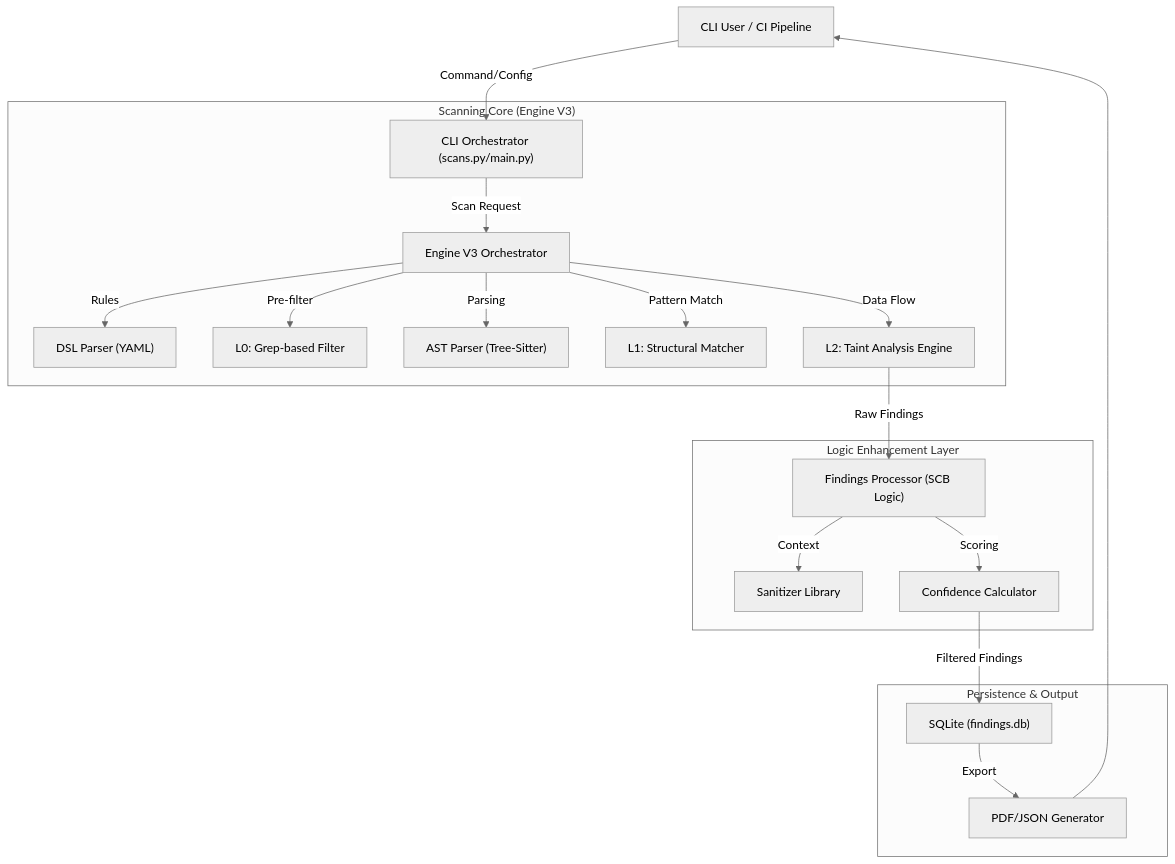
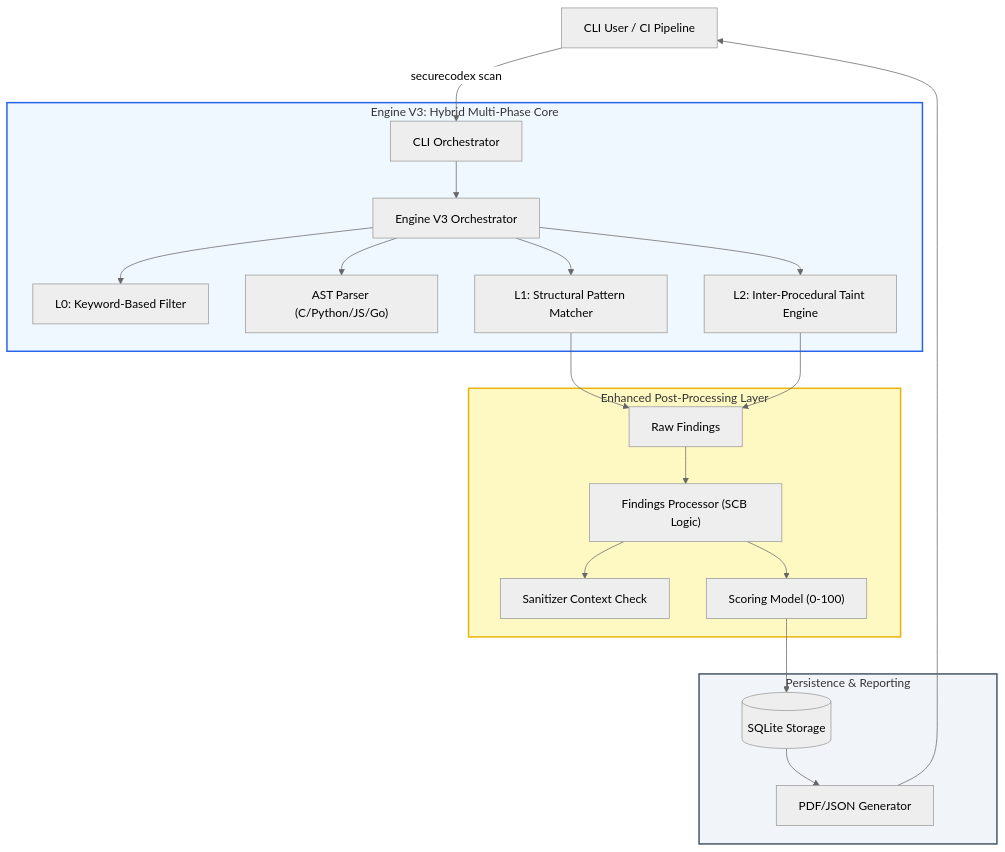
One commit to nishanthan008/SecureCodeX changed the first of 3 diagrams in docs/WORKFLOW.md. Above: the diagram before and after it, drawn with Mermaid (neutral theme). The commit also changed other lines of this file, not shown here.

Commit message:
docs: use proper architecture diagram with accurate labels and refined Mermaid charts

````diff
--- a/docs/WORKFLOW.md
+++ b/docs/WORKFLOW.md
@@ -11,26 +11,30 @@
 ```mermaid
 graph TD
-    User["CLI User / CI Pipeline"] -- "Command/Config" --> CLI["CLI Orchestrator (scans.py/main.py)"]
+    User["CLI User / CI Pipeline"] -- "securecodex scan" --> CLI["CLI Orchestrator"]
     
-    subgraph Core ["Scanning Core (Engine V3)"]
-        CLI -- "Scan Request" --> Orchestrator["Engine V3 Orchestrator"]
-        Orchestrator -- "Rules" --> DSL["DSL Parser (YAML)"]
-        Orchestrator -- "Pre-filter" --> L0["L0: Grep-based Filter"]
-        Orchestrator -- "Parsing" --> AST["AST Parser (Tree-Sitter)"]
-        Orchestrator -- "Pattern Match" --> L1["L1: Structural Matcher"]
-        Orchestrator -- "Data Flow" --> L2["L2: Taint Analysis Engine"]
+    subgraph Core ["Engine V3: Hybrid Multi-Phase Core"]
+        CLI --> Orchestrator["Engine V3 Orchestrator"]
+        Orchestrator --> L0["L0: Keyword-Based Filter"]
+        Orchestrator --> AST["AST Parser (C/Python/JS/Go)"]
+        Orchestrator --> L1["L1: Structural Pattern Matcher"]
+        Orchestrator --> L2["L2: Inter-Procedural Taint Engine"]
     end
     
-    subgraph Enhancement ["Logic Enhancement Layer"]
-        L2 -- "Raw Findings" --> Processor["Findings Processor (SCB Logic)"]
-        Processor -- "Context" --> Sanitizer["Sanitizer Library"]
-        Processor -- "Scoring" --> Confidence["Confidence Calculator"]
+    subgraph PostProcessing ["Enhanced Post-Processing Layer"]
+        L1 & L2 --> Findings["Raw Findings"]
+        Findings --> Processor["Findings Processor (SCB Logic)"]
+        Processor --> Sanitizer["Sanitizer Context Check"]
+        Processor --> Confidence["Scoring Model (0-100)"]
     end
     
-    subgraph Data ["Persistence & Output"]
-        Confidence -- "Filtered Findings" --> DB["SQLite (findings.db)"]
-        DB -- "Export" --> Report["PDF/JSON Generator"]
+    subgraph Storage ["Persistence & Reporting"]
+        Confidence --> DB[("SQLite Storage")]
+        DB --> Report["PDF/JSON Generator"]
     end
     
     Report --> User
+    
+    style Core fill:#f0f8ff,stroke:#2563eb,stroke-width:2px
+    style PostProcessing fill:#fef9c3,stroke:#eab308,stroke-width:2px
+    style Storage fill:#f1f5f9,stroke:#475569,stroke-width:2px
 ```
````
